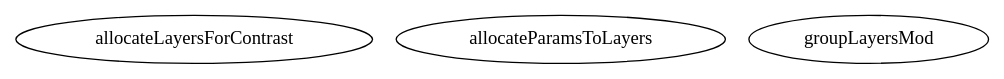
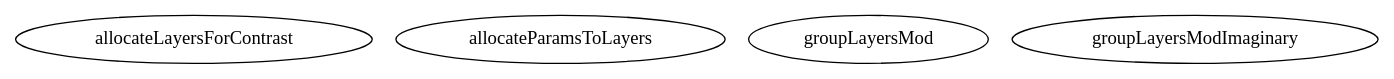
One commit to RascalSoftware/RAT changed the diagram in master/api_reference/targetFunctions/common/groupLayers/graph.dot. Above: the diagram before and after it, drawn with Graphviz. The commit also changed 173 other files, not shown here.

```diff
--- a/master/api_reference/targetFunctions/common/groupLayers/graph.dot
+++ b/master/api_reference/targetFunctions/common/groupLayers/graph.dot
@@ -1,7 +1,8 @@
 /* Created by mdot for Matlab */
 digraph m2html {
 
   allocateLayersForContrast [URL="allocateLayersForContrast.html"];
   allocateParamsToLayers [URL="allocateParamsToLayers.html"];
   groupLayersMod [URL="groupLayersMod.html"];
+  groupLayersModImaginary [URL="groupLayersModImaginary.html"];
 }
```
